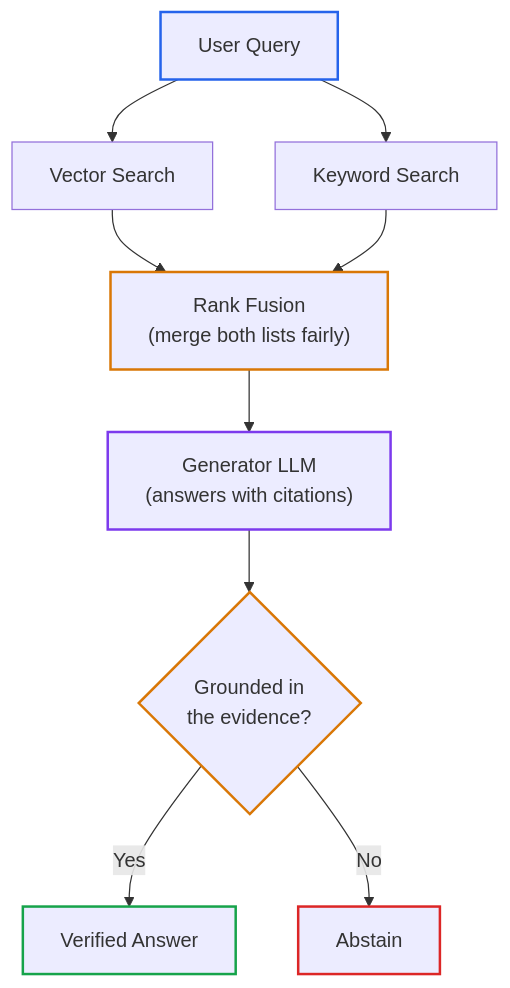
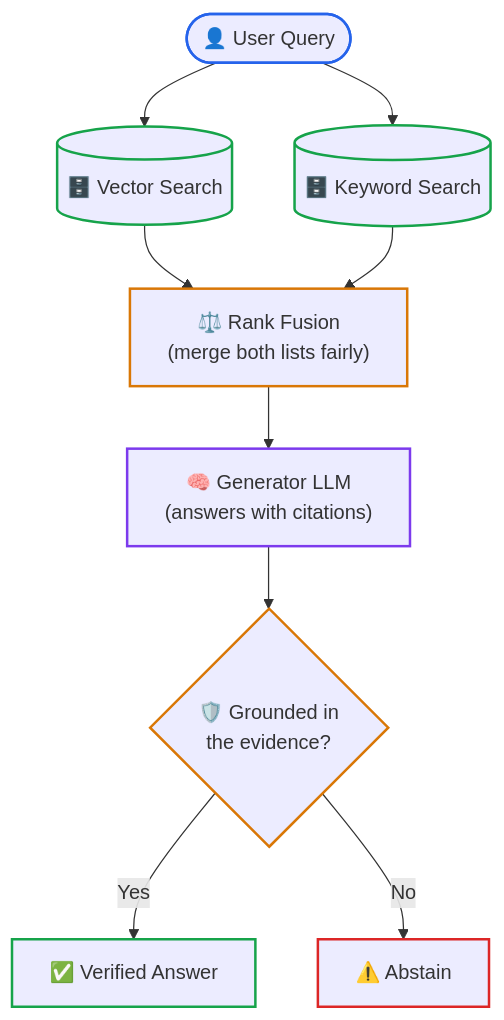
The fourth of 7 diagrams in .agents/skills/ai-curriculum-refactoring/references/diagram-guidelines.md (dip4k/senior-engineer-to-ai-engineer-roadmap), drawn with Mermaid before and after one commit. The commit also changed other lines of this file and 39 other files, not shown here.

First line of the commit message:
feat(curriculum): upgrade mermaid diagrams with unicode icons & codify anti-bloat layout rules

````diff
--- a/.agents/skills/ai-curriculum-refactoring/references/diagram-guidelines.md
+++ b/.agents/skills/ai-curriculum-refactoring/references/diagram-guidelines.md
@@ -98,18 +98,20 @@
 ```mermaid
 flowchart TD
-    UQ["User Query"] --> H1["Vector Search"]
-    UQ --> H2["Keyword Search"]
-    H1 --> RRF["Rank Fusion<br>(merge both lists fairly)"]
+    UQ(["👤 User Query"]) --> H1[("🗄️ Vector Search")]
+    UQ --> H2[("🗄️ Keyword Search")]
+    H1 --> RRF["⚖️ Rank Fusion<br>(merge both lists fairly)"]
     H2 --> RRF
-    RRF --> LLM["Generator LLM<br>(answers with citations)"]
-    LLM --> GD{"Grounded in<br>the evidence?"}
-    GD -- "Yes" --> ANS["Verified Answer"]
-    GD -- "No" --> ABSTAIN["Abstain"]
+    RRF --> LLM["🧠 Generator LLM<br>(answers with citations)"]
+    LLM --> GD{"🛡️ Grounded in<br>the evidence?"}
+    GD -- "Yes" --> ANS["✅ Verified Answer"]
+    GD -- "No" --> ABSTAIN["⚠️ Abstain"]
 
     style UQ stroke:#2563eb,stroke-width:2px
+    style H1 stroke:#16a34a,stroke-width:2px
+    style H2 stroke:#16a34a,stroke-width:2px
     style RRF stroke:#d97706,stroke-width:2px
     style LLM stroke:#7c3aed,stroke-width:2px
     style GD stroke:#d97706,stroke-width:2px
     style ANS stroke:#16a34a,stroke-width:2px
     style ABSTAIN stroke:#dc2626,stroke-width:2px
 ```
````
